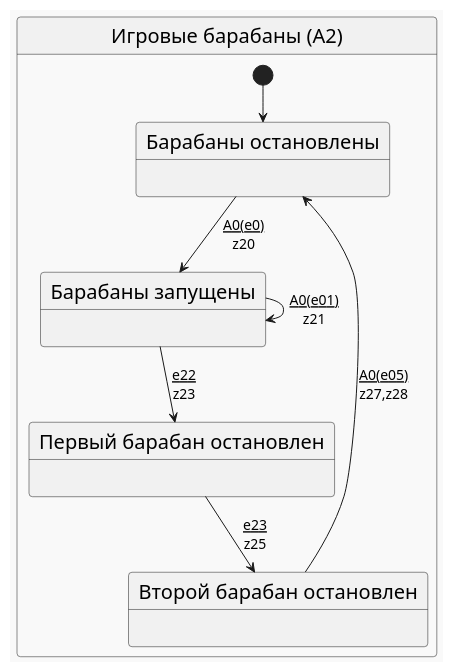
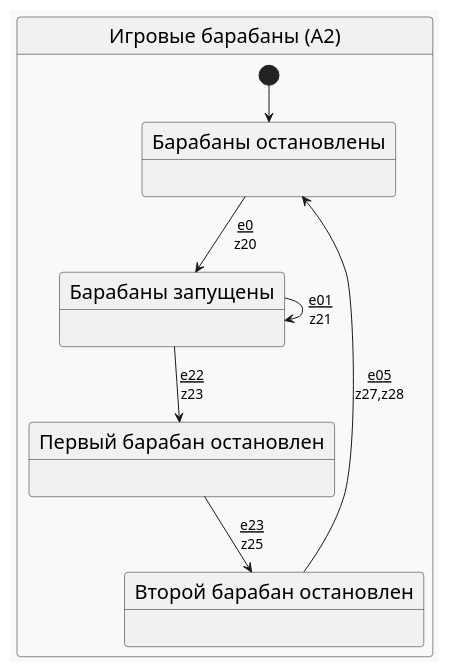
One commit to PhoenixNazarov/fsm-multiply changed the diagram in articles/multiply_many_nested/puml/a2.puml. Above: the diagram before and after it, drawn with PlantUML. The commit also changed 12 other files, not shown here.

```diff
--- a/articles/multiply_many_nested/puml/a2.puml
+++ b/articles/multiply_many_nested/puml/a2.puml
@@ -1,17 +1,17 @@
 @startuml
 !theme mars
 skinparam stateFontSize 20
 skinparam arrowFontSize 14
 state "Игровые барабаны (A2)" as A2 {
     [*] --> A20
     state "Барабаны остановлены" as A20 : 
     state "Барабаны запущены" as A21 : 
     state "Первый барабан остановлен" as A22 : 
     state "Второй барабан остановлен" as A23 : 
-    A20 --> A21 : <u>A0(e0)\nz20
-    A21 --> A21 : <u>A0(e01)\nz21
+    A20 --> A21 : <u>e0\nz20
+    A21 --> A21 : <u>e01\nz21
     A21 --> A22 : <u>e22\nz23
     A22 --> A23 : <u>e23\nz25
-    A23 --> A20 : <u>A0(e05)\nz27,z28
+    A23 --> A20 : <u>e05\nz27,z28
 }
 @enduml
```
